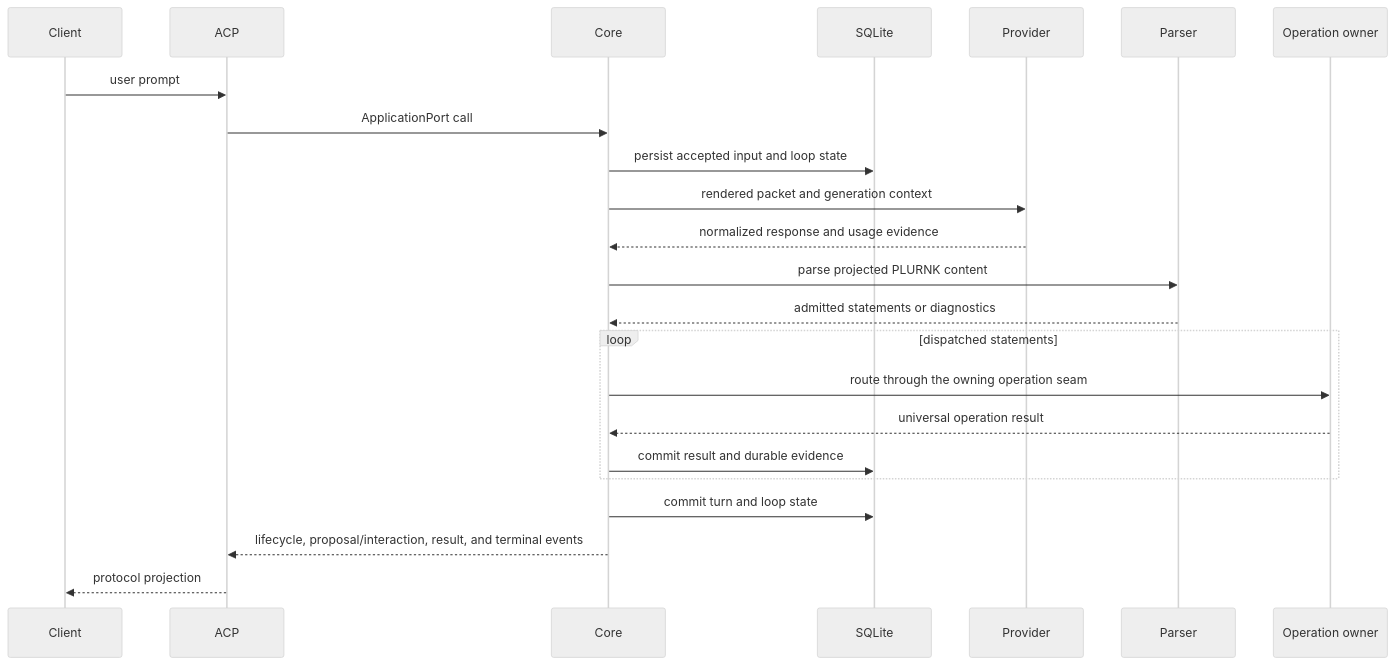
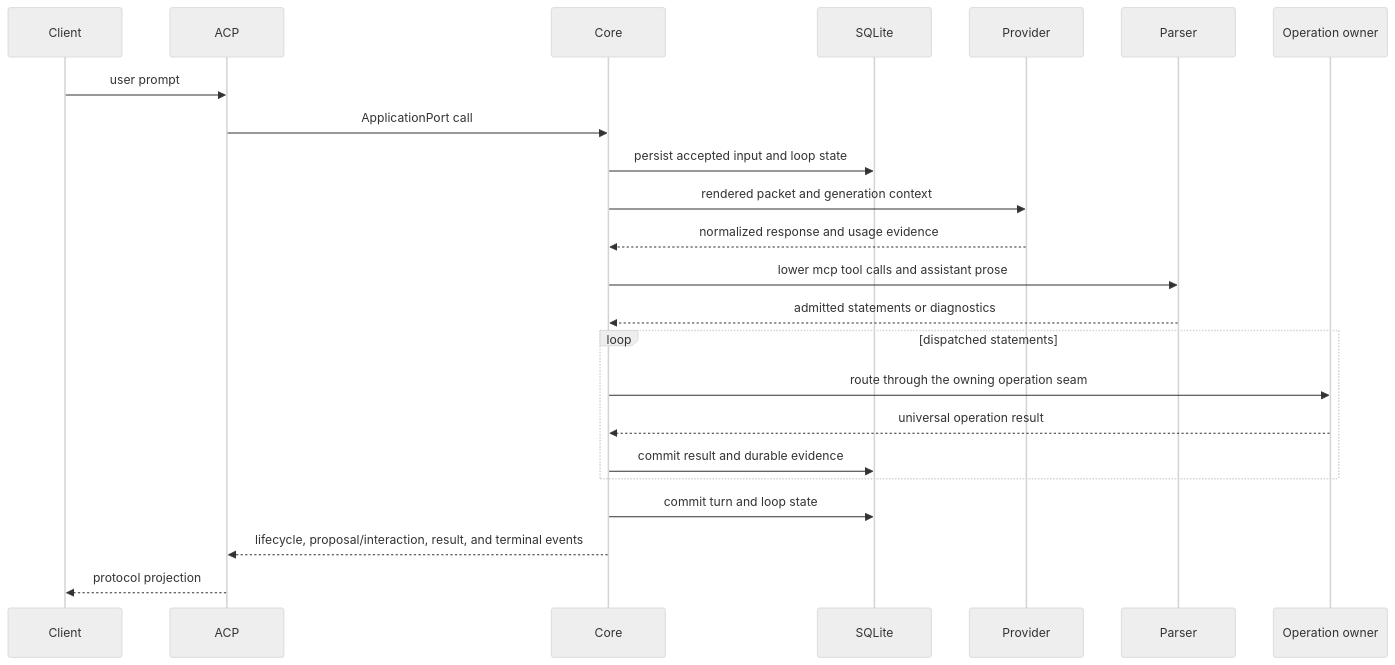
Before and after one commit to plurnk/plurnk-service: the fifth of 5 diagrams in ARCHITECTURE.md, drawn with Mermaid (neutral theme). The commit also changed other lines of this file and 6 other files, not shown here.

Commit message:
docs: align core spec, ARCHITECTURE, AGENTS, and orientation rubric (#1484)

````diff
--- a/ARCHITECTURE.md
+++ b/ARCHITECTURE.md
@@ -391,26 +391,26 @@
 ```mermaid
 sequenceDiagram
     participant Client
     participant ACP as ACP
     participant Core
     participant Store as SQLite
     participant Provider
     participant Parser
     participant Owner as Operation owner
 
     Client->>ACP: user prompt
     ACP->>Core: ApplicationPort call
     Core->>Store: persist accepted input and loop state
     Core->>Provider: rendered packet and generation context
     Provider-->>Core: normalized response and usage evidence
-    Core->>Parser: parse projected PLURNK content
+    Core->>Parser: lower mcp tool calls and assistant prose
     Parser-->>Core: admitted statements or diagnostics
     loop dispatched statements
         Core->>Owner: route through the owning operation seam
         Owner-->>Core: universal operation result
         Core->>Store: commit result and durable evidence
     end
     Core->>Store: commit turn and loop state
     Core-->>ACP: lifecycle, proposal/interaction, result, and terminal events
     ACP-->>Client: protocol projection
 ```
````
